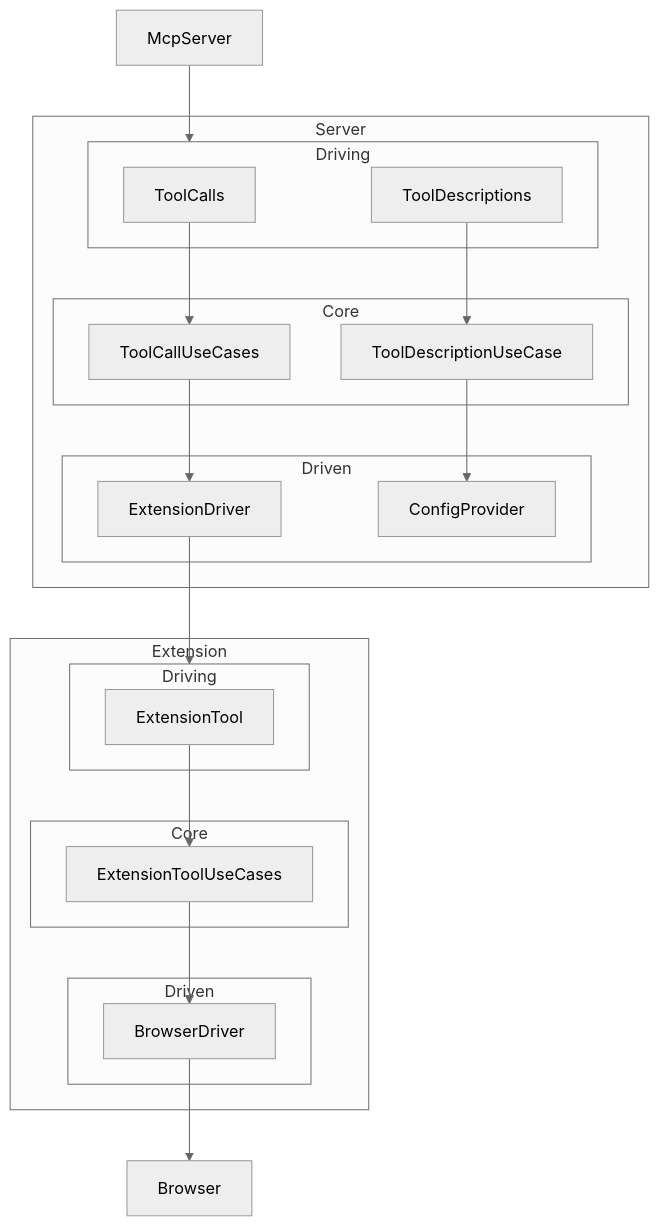
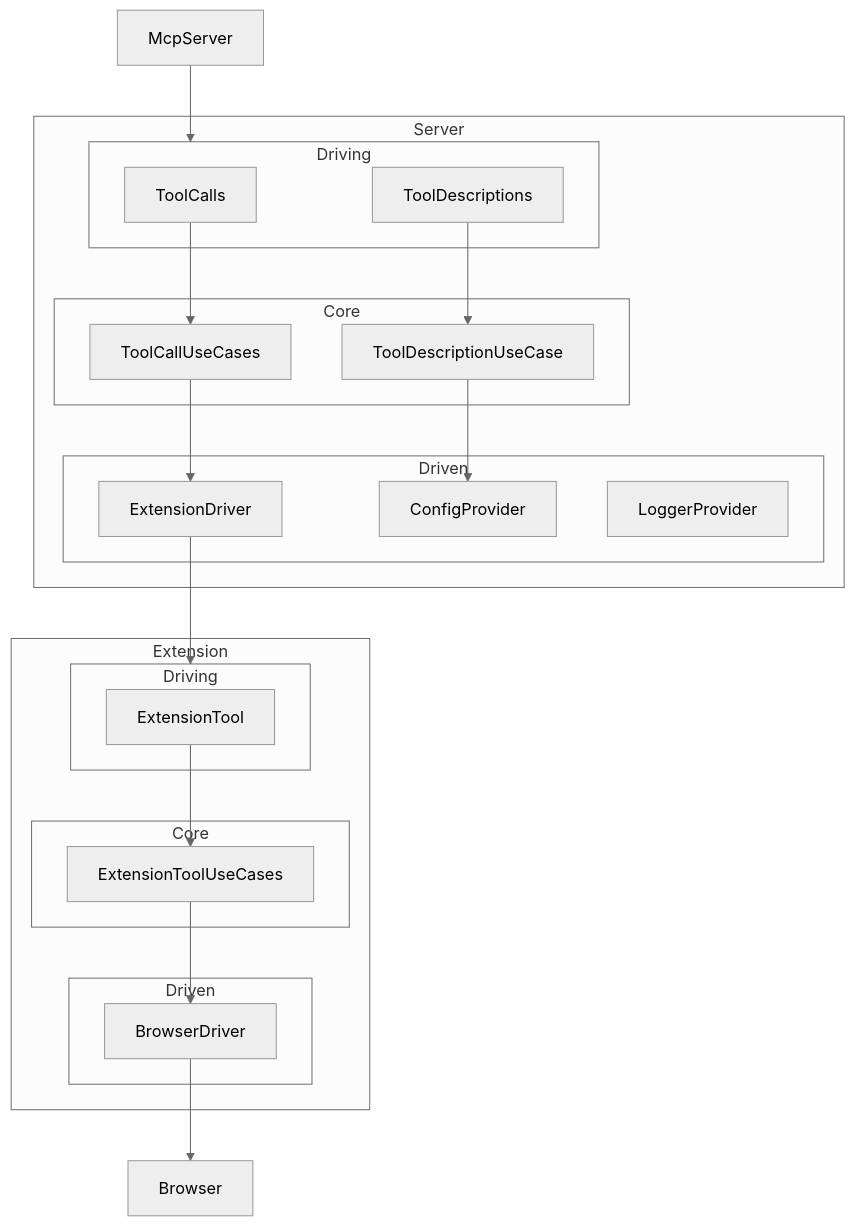
Before and after one commit to ndthanhdev/mcp-browser-kit: the first of 2 diagrams in docs/architecture.md, drawn with Mermaid (neutral theme). The commit also changed 45 other files, not shown here.

````diff
--- a/docs/architecture.md
+++ b/docs/architecture.md
@@ -6,49 +6,49 @@
 ```mermaid
 flowchart TD
   McpServer
 
   subgraph Server
     subgraph ServerDriving["Driving"]
       ToolCalls 
       ToolDescriptions
     end
     subgraph ServerCore["Core"]
       ToolCallUseCases
       ToolDescriptionUseCase
     end
 
-    
     subgraph ServerDriven["Driven"]
       ExtensionDriver
       ConfigProvider["ConfigProvider"]
+      LoggerProvider["LoggerProvider"]
     end
 
     ToolCalls --> ToolCallUseCases
     ToolCallUseCases --> ExtensionDriver
     ToolDescriptions --> ToolDescriptionUseCase
     ToolDescriptionUseCase --> ConfigProvider
   end
 
   McpServer-->ServerDriving
 
   subgraph Extension
     subgraph ExtensionDriving["Driving"]
       ExtensionTool
     end
 
     subgraph ExtensionCore["Core"]
       ExtensionToolUseCases
     end
     subgraph ExtensionDriven["Driven"]
       BrowserDriver
     end
 
     ExtensionTool --> ExtensionToolUseCases
     ExtensionToolUseCases -->BrowserDriver
   end
 
   Browser
 
   ExtensionDriver --> ExtensionDriving
   BrowserDriver --> Browser
 ```
````
